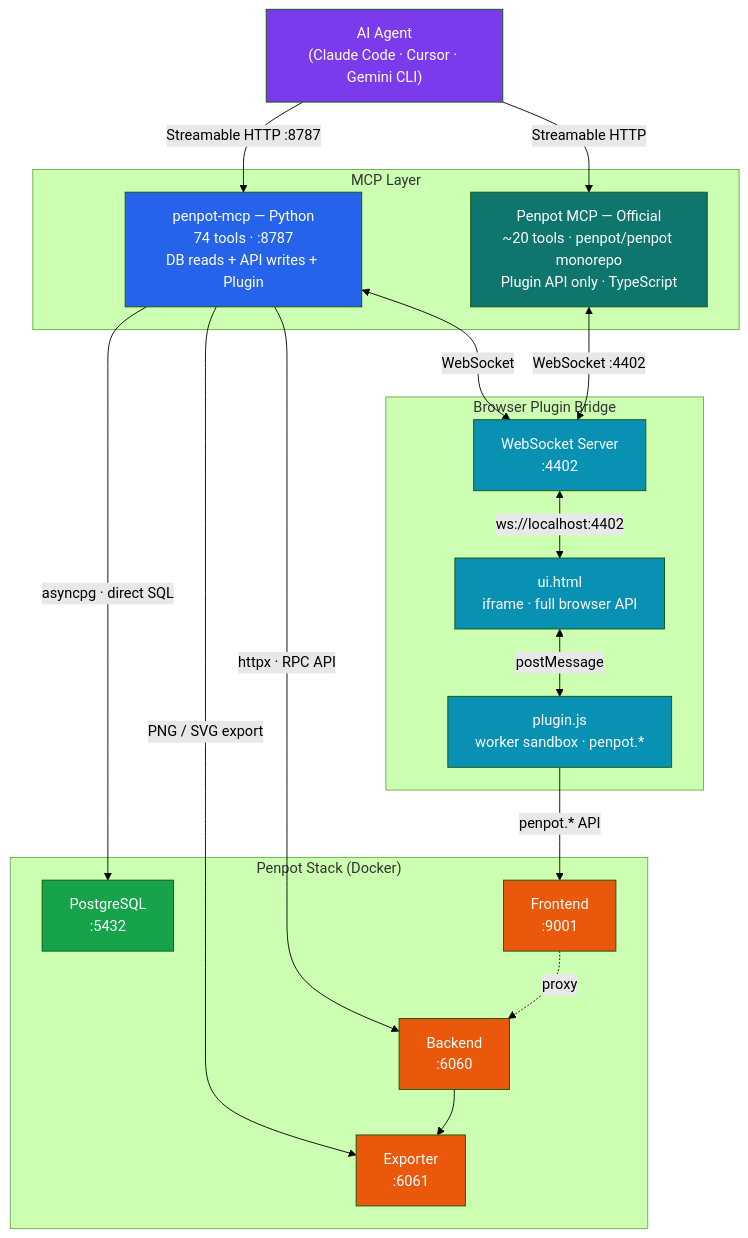
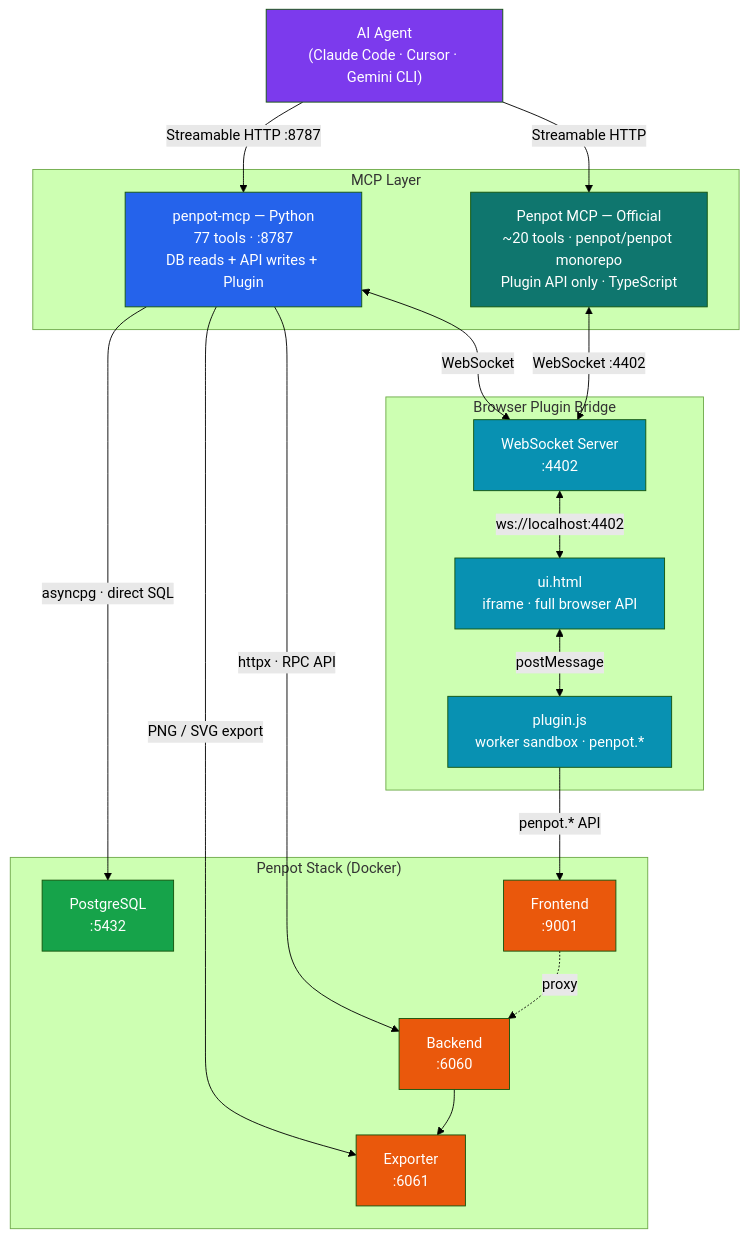
One commit to ancrz/penpot-mcp-server changed the diagram in README.md. Above: the diagram before and after it, drawn with Mermaid (forest theme). The commit also changed other lines of this file and 21 other files, not shown here.

````diff
--- a/README.md
+++ b/README.md
@@ -32,49 +32,49 @@
 ```mermaid
 graph TB
     AI["AI Agent\n(Claude Code · Cursor · Gemini CLI)"]
 
     subgraph SERVERS["MCP Layer"]
-        MCP["penpot-mcp — Python\n74 tools · :8787\nDB reads + API writes + Plugin"]
+        MCP["penpot-mcp — Python\n77 tools · :8787\nDB reads + API writes + Plugin"]
         OMCP["Penpot MCP — Official\n~20 tools · penpot/penpot monorepo\nPlugin API only · TypeScript"]
     end
 
     subgraph PENPOT["Penpot Stack (Docker)"]
         PG["PostgreSQL\n:5432"]
         BE["Backend\n:6060"]
         FE["Frontend\n:9001"]
         EX["Exporter\n:6061"]
     end
 
     subgraph BRIDGE["Browser Plugin Bridge"]
         WS["WebSocket Server\n:4402"]
         UI["ui.html\niframe · full browser API"]
         PJ["plugin.js\nworker sandbox · penpot.*"]
     end
 
     AI -->|"Streamable HTTP :8787"| MCP
     AI -->|"Streamable HTTP"| OMCP
 
     MCP -->|"asyncpg · direct SQL"| PG
     MCP -->|"httpx · RPC API"| BE
     MCP -->|"PNG / SVG export"| EX
     MCP <-->|"WebSocket"| WS
 
     OMCP <-->|"WebSocket :4402"| WS
 
     WS <-->|"ws://localhost:4402"| UI
     UI <-->|"postMessage"| PJ
     PJ -->|"penpot.* API"| FE
     FE -.->|"proxy"| BE
     BE --> EX
 
     style AI fill:#7c3aed,color:#fff
     style MCP fill:#2563eb,color:#fff
     style OMCP fill:#0f766e,color:#fff
     style PG fill:#16a34a,color:#fff
     style BE fill:#ea580c,color:#fff
     style FE fill:#ea580c,color:#fff
     style EX fill:#ea580c,color:#fff
     style WS fill:#0891b2,color:#fff
     style UI fill:#0891b2,color:#fff
     style PJ fill:#0891b2,color:#fff
 ```
````
